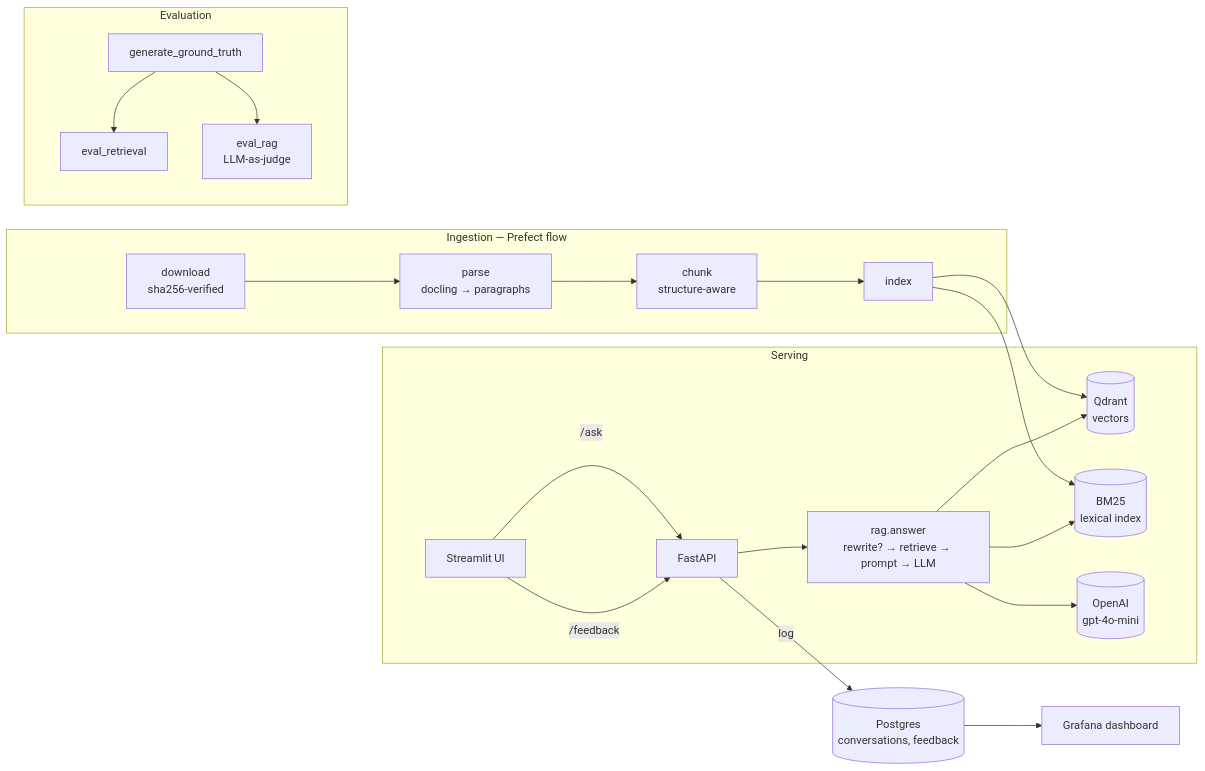
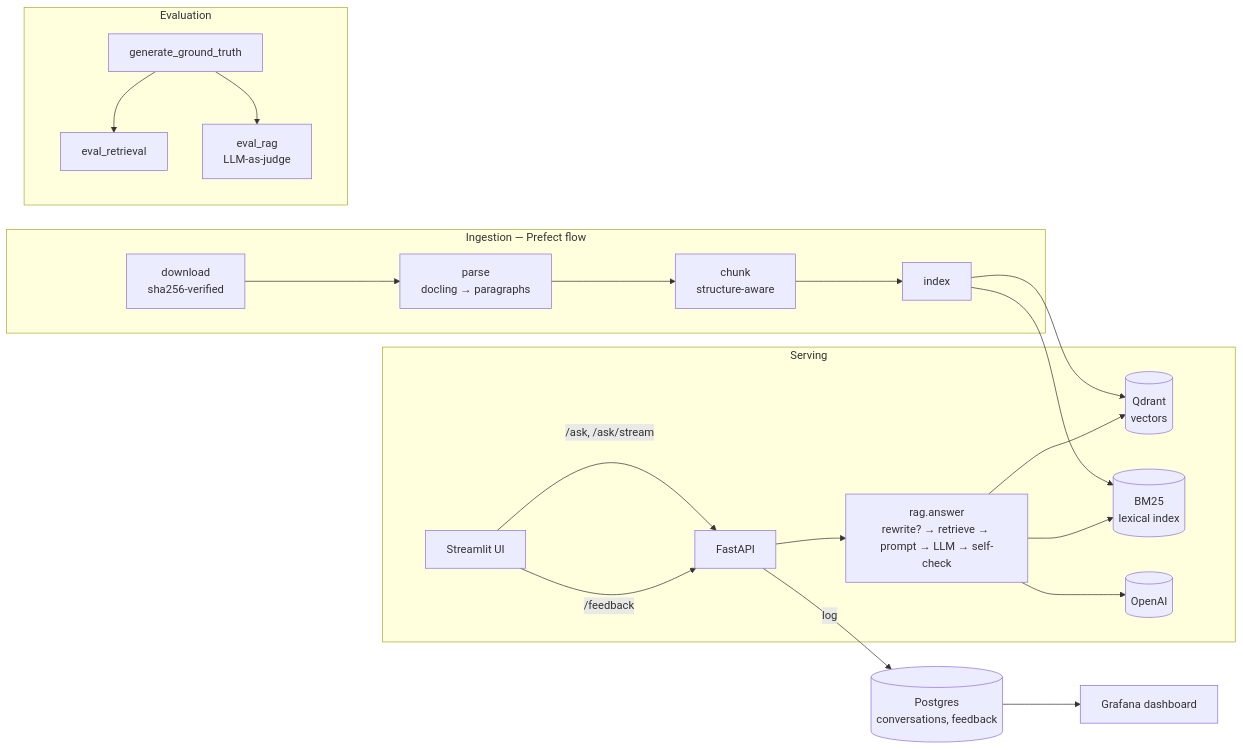
One commit to iocariz/irb-copilot changed the diagram in README.md. Above: the diagram before and after it, drawn with Mermaid. The commit also changed other lines of this file and 1 other file, not shown here.

````diff
--- a/README.md
+++ b/README.md
@@ -29,27 +83,27 @@
 ```mermaid
 flowchart LR
     subgraph Ingestion["Ingestion — Prefect flow"]
         DL[download<br/>sha256-verified] --> PA[parse<br/>docling → paragraphs]
         PA --> CH[chunk<br/>structure-aware]
         CH --> IX[index]
     end
     IX --> QD[(Qdrant<br/>vectors)]
     IX --> BM[(BM25<br/>lexical index)]
 
     subgraph Serving
-        UI[Streamlit UI] -->|/ask| API[FastAPI]
-        API --> RAG[rag.answer<br/>rewrite? → retrieve → prompt → LLM]
+        UI[Streamlit UI] -->|/ask, /ask/stream| API[FastAPI]
+        API --> RAG[rag.answer<br/>rewrite? → retrieve → prompt → LLM → self-check]
         RAG --> QD
         RAG --> BM
-        RAG --> LLM[(OpenAI<br/>gpt-4o-mini)]
+        RAG --> LLM[(OpenAI)]
     end
 
     API -->|log| PG[(Postgres<br/>conversations, feedback)]
     UI -->|/feedback| API
     PG --> GF[Grafana dashboard]
 
     subgraph Evaluation
         GT[generate_ground_truth] --> ER[eval_retrieval]
         GT --> RE[eval_rag<br/>LLM-as-judge]
     end
 ```
````
